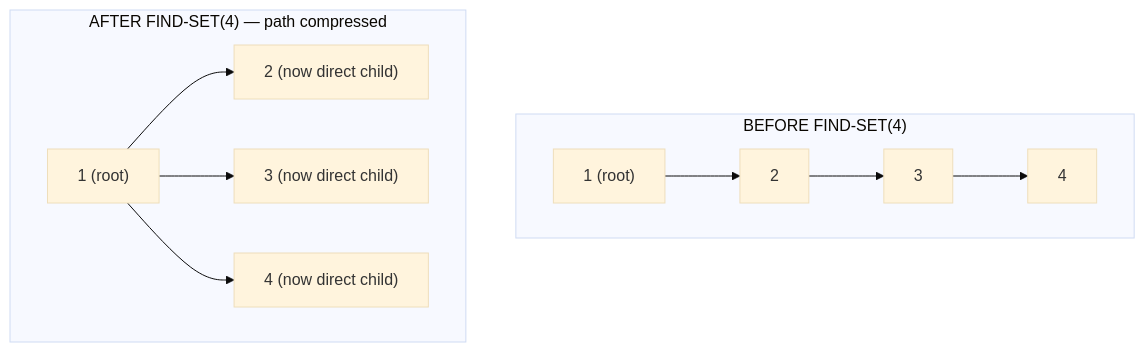
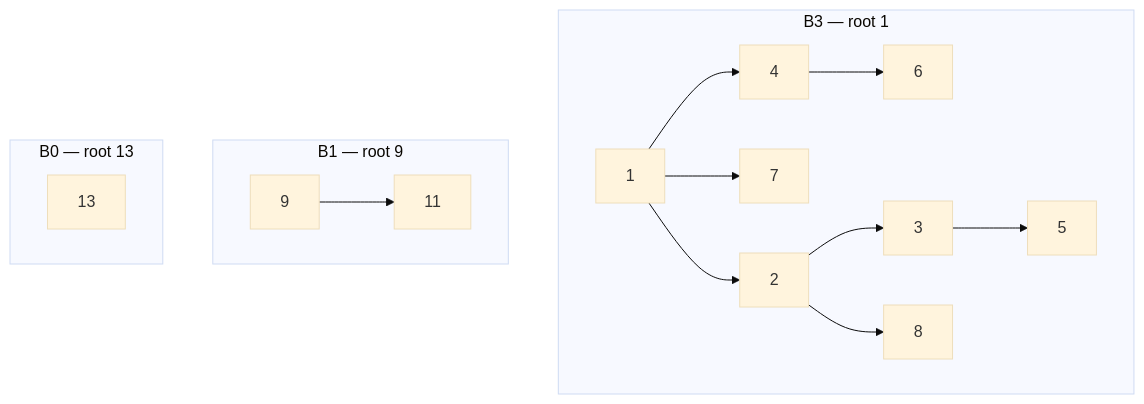
Diagram 20 of 29 in notes/design_and_analysis_of_algorithms/Unit_04_Advanced_Data_Structures.md (DeepLumiere/DeepSkills), drawn with Mermaid (base theme) before and after one commit. The commit also changed other lines of this file, not shown here.

````diff
--- a/notes/design_and_analysis_of_algorithms/Unit_04_Advanced_Data_Structures.md
+++ b/notes/design_and_analysis_of_algorithms/Unit_04_Advanced_Data_Structures.md
@@ -700,14 +828,18 @@
 ```mermaid
 flowchart TD
-    subgraph "BEFORE FIND-SET(4)"
-        direction LR
-        R1["1 (root)"] --> N2["2"] --> N3["3"] --> N4["4"]
+    subgraph "B3 — root 1"
+        n1["1"] --> n4["4"]
+        n1 --> n7["7"]
+        n1 --> n2["2"]
+        n4 --> n6["6"]
+        n2 --> n3["3"]
+        n2 --> n8["8"]
+        n3 --> n5["5"]
     end
-    subgraph "AFTER FIND-SET(4) — path compressed"
-        direction LR
-        R2["1 (root)"]
-        R2 --> Na["2 (now direct child)"]
-        R2 --> Nb["3 (now direct child)"]
-        R2 --> Nc["4 (now direct child)"]
+    subgraph "B1 — root 9"
+        n9["9"] --> n11["11"]
+    end
+    subgraph "B0 — root 13"
+        n13["13"]
     end
 ```
````
